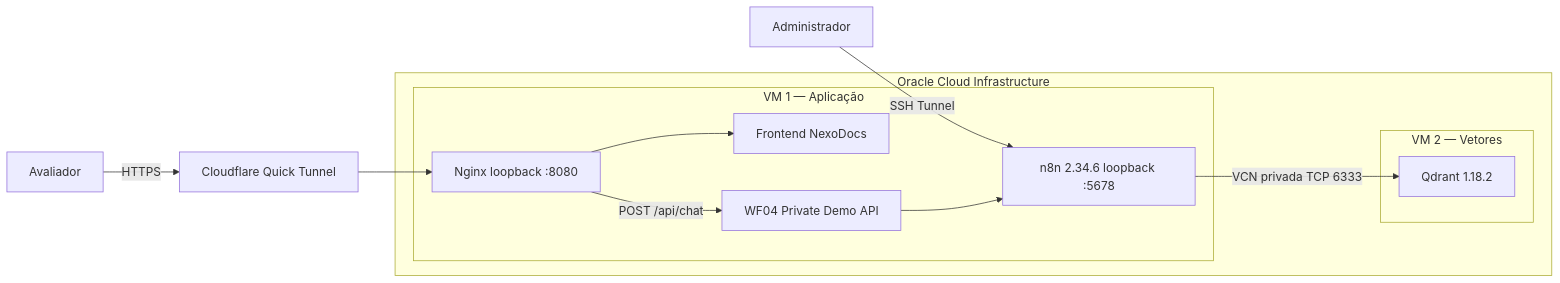
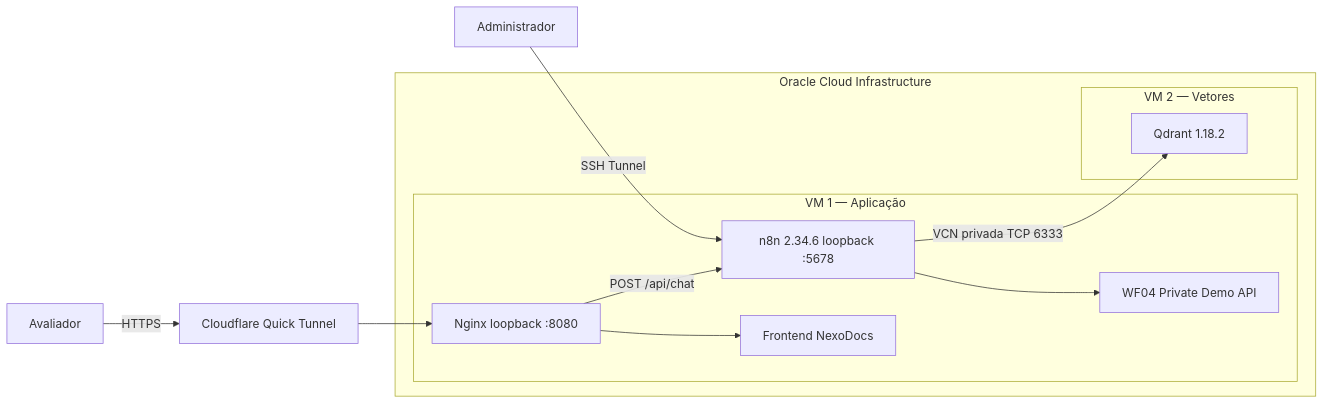
The second of 2 diagrams in README.md (JPBorellii/nexodocs-alura-agent), drawn with Mermaid before and after one commit.

Commit message:
docs: fix OCI demo architecture flow

````diff
--- a/README.md
+++ b/README.md
@@ -164,29 +164,29 @@
 ```mermaid
 flowchart LR
     EVAL[Avaliador]
     ADMIN[Administrador]
 
     EVAL -->|HTTPS| CF[Cloudflare Quick Tunnel]
     ADMIN -->|SSH Tunnel| N8N
 
     subgraph OCI[Oracle Cloud Infrastructure]
         subgraph VM1[VM 1 — Aplicação]
             NGINX[Nginx loopback :8080]
             FRONT[Frontend NexoDocs]
             N8N[n8n 2.34.6 loopback :5678]
             WF04[WF04 Private Demo API]
 
             NGINX --> FRONT
-            NGINX -->|POST /api/chat| WF04
-            WF04 --> N8N
+            NGINX -->|POST /api/chat| N8N
+            N8N --> WF04
         end
 
         subgraph VM2[VM 2 — Vetores]
             QD[Qdrant 1.18.2]
         end
 
         N8N -->|VCN privada TCP 6333| QD
     end
 
     CF --> NGINX
 ```
````
